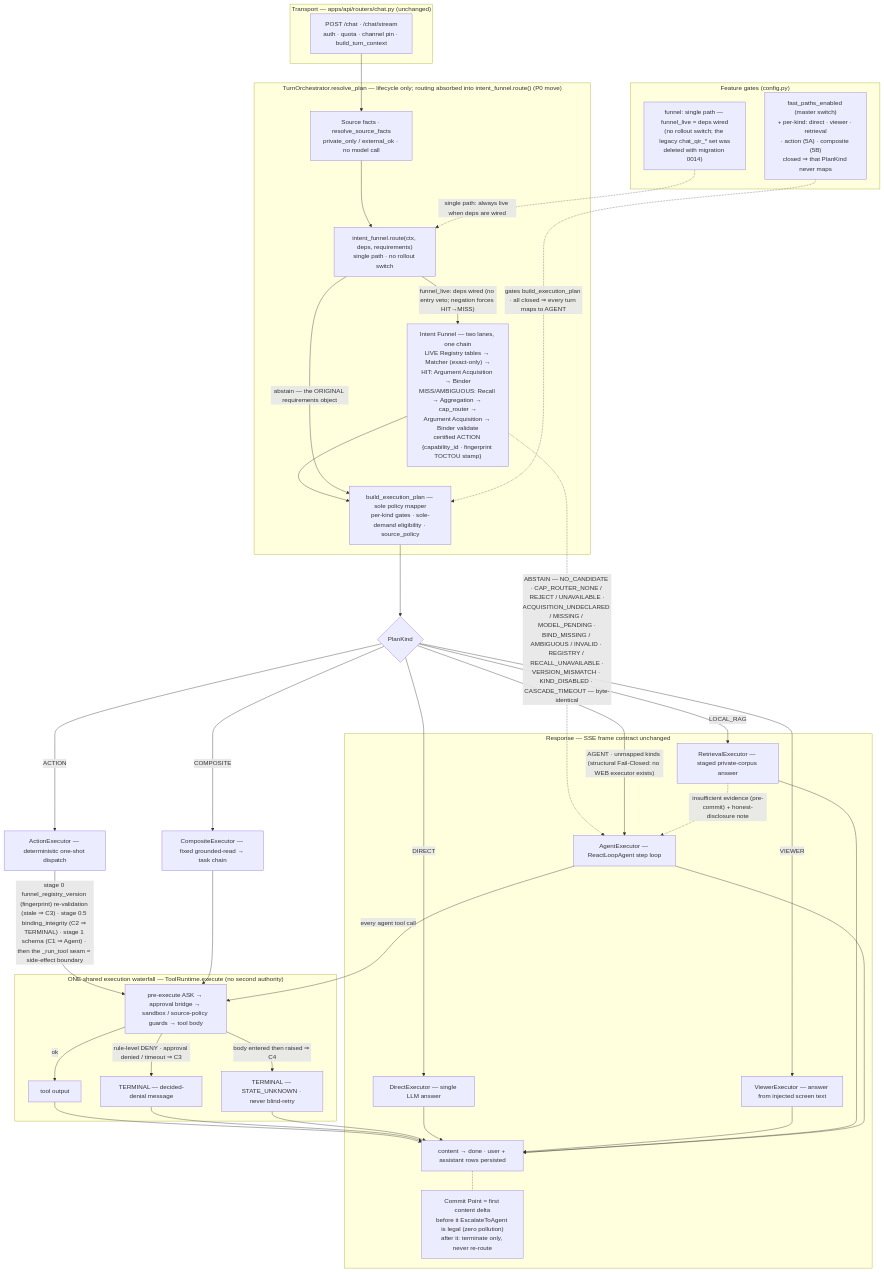
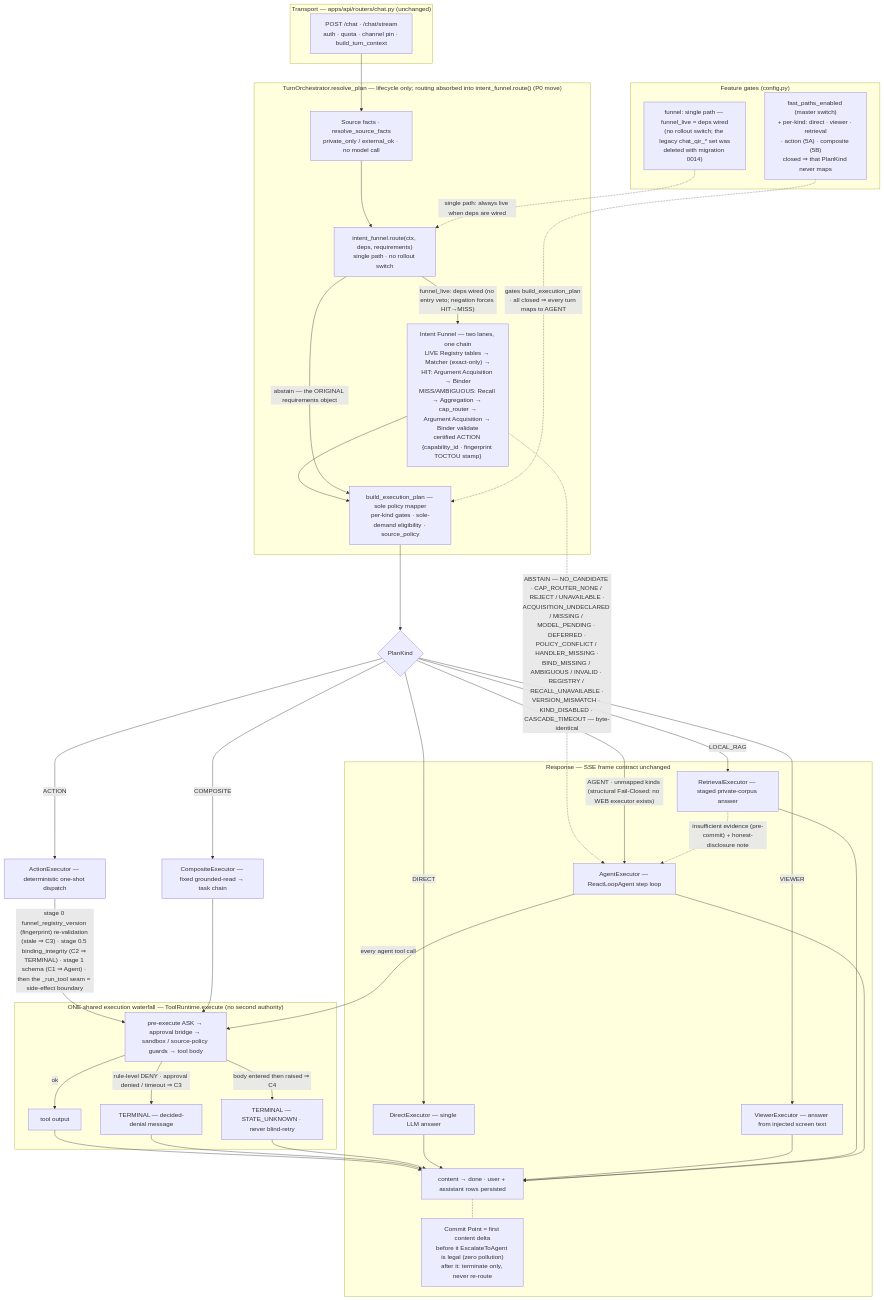
One commit to Eric-LLMs/Delveta changed the sixth of 7 diagrams in docs/architecture-diagrams.md. Above: the diagram before and after it, drawn with Mermaid. The commit also changed other lines of this file and 15 other files, not shown here.

First line of the commit message:
fix(intent-funnel): dispatch argument acquisition by explicit per-capability policy

````diff
--- a/docs/architecture-diagrams.md
+++ b/docs/architecture-diagrams.md
@@ -304,60 +304,60 @@
 ```mermaid
 flowchart TB
     %% Invariants: fast-path fallbacks are byte-identical · the Agent is never a recovery channel
     %% for C2/C3/C4 · the commit point (first content delta) locks the channel · gates default OFF.
 
     subgraph transport["Transport — apps/api/routers/chat.py (unchanged)"]
         AUTH["POST /chat · /chat/stream<br/>auth · quota · channel pin · build_turn_context"]
     end
 
     subgraph resolve["TurnOrchestrator.resolve_plan — lifecycle only; routing absorbed into intent_funnel.route() (P0 move)"]
         L0["Source facts · resolve_source_facts<br/>private_only / external_ok · no model call"]
         RT["intent_funnel.route(ctx, deps, requirements)<br/>single path · no rollout switch"]
         FN["Intent Funnel — two lanes, one chain<br/>LIVE Registry tables → Matcher (exact-only) →<br/>HIT: Argument Acquisition → Binder<br/>MISS/AMBIGUOUS: Recall → Aggregation → cap_router →<br/>Argument Acquisition → Binder validate<br/>certified ACTION {capability_id · fingerprint TOCTOU stamp}"]
         MAP["build_execution_plan — sole policy mapper<br/>per-kind gates · sole-demand eligibility · source_policy"]
         L0 --> RT
         RT -- "funnel_live: deps wired (no entry veto; negation forces HIT→MISS)" --> FN --> MAP
         RT -- "abstain — the ORIGINAL requirements object" --> MAP
     end
 
     AUTH --> L0
-    FN -. "ABSTAIN — NO_CANDIDATE · CAP_ROUTER_NONE / REJECT / UNAVAILABLE ·<br/>ACQUISITION_UNDECLARED / MISSING / MODEL_PENDING ·<br/>BIND_MISSING / AMBIGUOUS / INVALID · REGISTRY / RECALL_UNAVAILABLE ·<br/>VERSION_MISMATCH · KIND_DISABLED · CASCADE_TIMEOUT — byte-identical" .-> AG
+    FN -. "ABSTAIN — NO_CANDIDATE · CAP_ROUTER_NONE / REJECT / UNAVAILABLE ·<br/>ACQUISITION_UNDECLARED / MISSING / MODEL_PENDING · DEFERRED ·<br/>POLICY_CONFLICT / HANDLER_MISSING ·<br/>BIND_MISSING / AMBIGUOUS / INVALID · REGISTRY / RECALL_UNAVAILABLE ·<br/>VERSION_MISMATCH · KIND_DISABLED · CASCADE_TIMEOUT — byte-identical" .-> AG
 
     subgraph gates["Feature gates (config.py)"]
         GQ["funnel: single path — funnel_live = deps wired<br/>(no rollout switch; the legacy chat_qir_* set was<br/>deleted with migration 0014)"]
         GF["fast_paths_enabled (master switch)<br/>+ per-kind: direct · viewer · retrieval<br/>· action (5A) · composite (5B)<br/>closed ⇒ that PlanKind never maps"]
     end
     GQ -. "single path: always live when deps are wired" .-> RT
     GF -. "gates build_execution_plan · all closed ⇒ every turn maps to AGENT" .-> MAP
 
     MAP --> K{"PlanKind"}
     K -- DIRECT --> DEX["DirectExecutor — single LLM answer"]
     K -- VIEWER --> VEX["ViewerExecutor — answer from injected screen text"]
     K -- LOCAL_RAG --> REX["RetrievalExecutor — staged private-corpus answer"]
     K -- ACTION --> AEX["ActionExecutor — deterministic one-shot dispatch"]
     K -- COMPOSITE --> CEX["CompositeExecutor — fixed grounded-read → task chain"]
     K -- "AGENT · unmapped kinds (structural Fail-Closed: no WEB executor exists)" --> AG["AgentExecutor — ReactLoopAgent step loop"]
 
     subgraph governance["ONE shared execution waterfall — ToolRuntime.execute (no second authority)"]
         RW["pre-execute ASK → approval bridge → sandbox / source-policy guards → tool body"]
         RW -- "rule-level DENY · approval denied / timeout ⇒ C3" --> TD["TERMINAL — decided-denial message"]
         RW -- "body entered then raised ⇒ C4" --> TU["TERMINAL — STATE_UNKNOWN · never blind-retry"]
         RW -- ok --> OUT["tool output"]
     end
 
     AEX -- "stage 0 funnel_registry_version (fingerprint) re-validation (stale ⇒ C3) · stage 0.5 binding_integrity (C2 ⇒ TERMINAL) · stage 1 schema (C1 ⇒ Agent) · then the _run_tool seam = side-effect boundary" --> RW
     CEX --> RW
     AG -- "every agent tool call" --> RW
     REX -. "insufficient evidence (pre-commit) + honest-disclosure note" .-> AG
 
     subgraph stream["Response — SSE frame contract unchanged"]
         OUT --> DONE["content → done · user + assistant rows persisted"]
         TD --> DONE
         TU --> DONE
         DEX --> DONE
         VEX --> DONE
         REX --> DONE
         AG --> DONE
         DONE -.- CP["Commit Point = first content delta<br/>before it EscalateToAgent is legal (zero pollution)<br/>after it: terminate only, never re-route"]
     end
 ```
````
